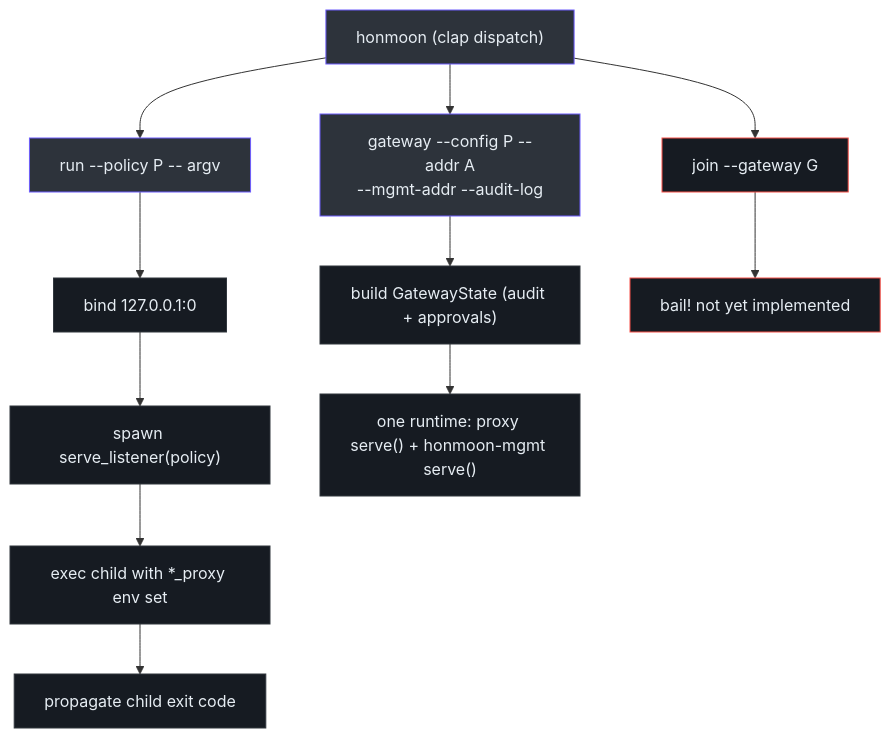
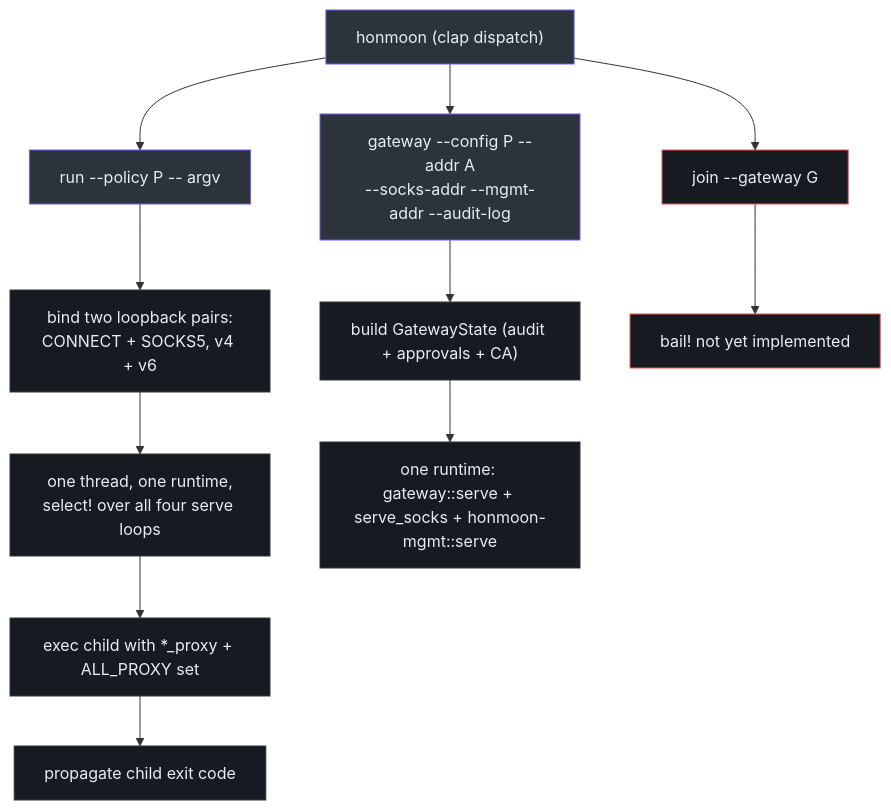
One commit to pleaseai/honmoon changed the third of 3 diagrams in wiki/deep-dive/egress-gateway.md. Above: the diagram before and after it, drawn with Mermaid. The commit also changed other lines of this file and 2 other files, not shown here.

````diff
--- a/wiki/deep-dive/egress-gateway.md
+++ b/wiki/deep-dive/egress-gateway.md
@@ -160,24 +263,24 @@
 ```mermaid
 flowchart TD
   main["honmoon (clap dispatch)"] --> run["run --policy P -- argv"]
-  main --> gw["gateway --config P --addr A<br>--mgmt-addr --audit-log"]
+  main --> gw["gateway --config P --addr A<br>--socks-addr --mgmt-addr --audit-log"]
   main --> join["join --gateway G"]
-  run --> bind["bind 127.0.0.1:0"]
-  bind --> thread["spawn serve_listener(policy)"]
-  thread --> exec["exec child with *_proxy env set"]
+  run --> bind["bind two loopback pairs:<br>CONNECT + SOCKS5, v4 + v6"]
+  bind --> thread["one thread, one runtime,<br>select! over all four serve loops"]
+  thread --> exec["exec child with *_proxy + ALL_PROXY set"]
   exec --> code["propagate child exit code"]
-  gw --> gwstate["build GatewayState (audit + approvals)"]
-  gwstate --> gwboth["one runtime: proxy serve() + honmoon-mgmt serve()"]
+  gw --> gwstate["build GatewayState (audit + approvals + CA)"]
+  gwstate --> gwboth["one runtime: gateway::serve + serve_socks + honmoon-mgmt::serve"]
   join --> bail["bail! not yet implemented"]
   style main fill:#2d333b,stroke:#6d5dfc,color:#e6edf3
   style run fill:#2d333b,stroke:#6d5dfc,color:#e6edf3
   style gw fill:#2d333b,stroke:#6d5dfc,color:#e6edf3
   style join fill:#161b22,stroke:#f85149,color:#e6edf3
   style bail fill:#161b22,stroke:#f85149,color:#e6edf3
   style bind fill:#161b22,stroke:#30363d,color:#e6edf3
   style thread fill:#161b22,stroke:#30363d,color:#e6edf3
   style exec fill:#161b22,stroke:#30363d,color:#e6edf3
   style code fill:#161b22,stroke:#30363d,color:#e6edf3
   style gwstate fill:#161b22,stroke:#30363d,color:#e6edf3
   style gwboth fill:#161b22,stroke:#30363d,color:#e6edf3
 ```
````
